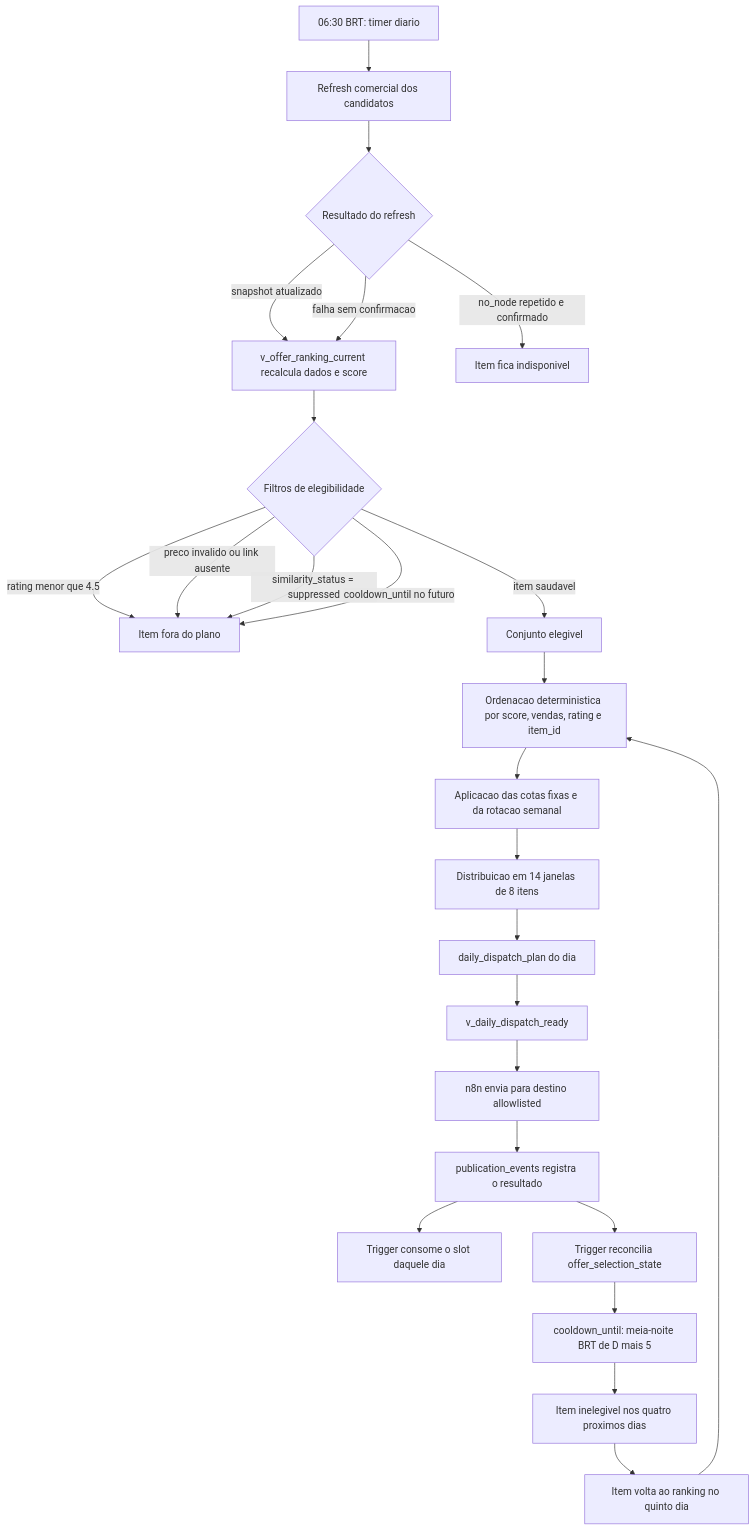
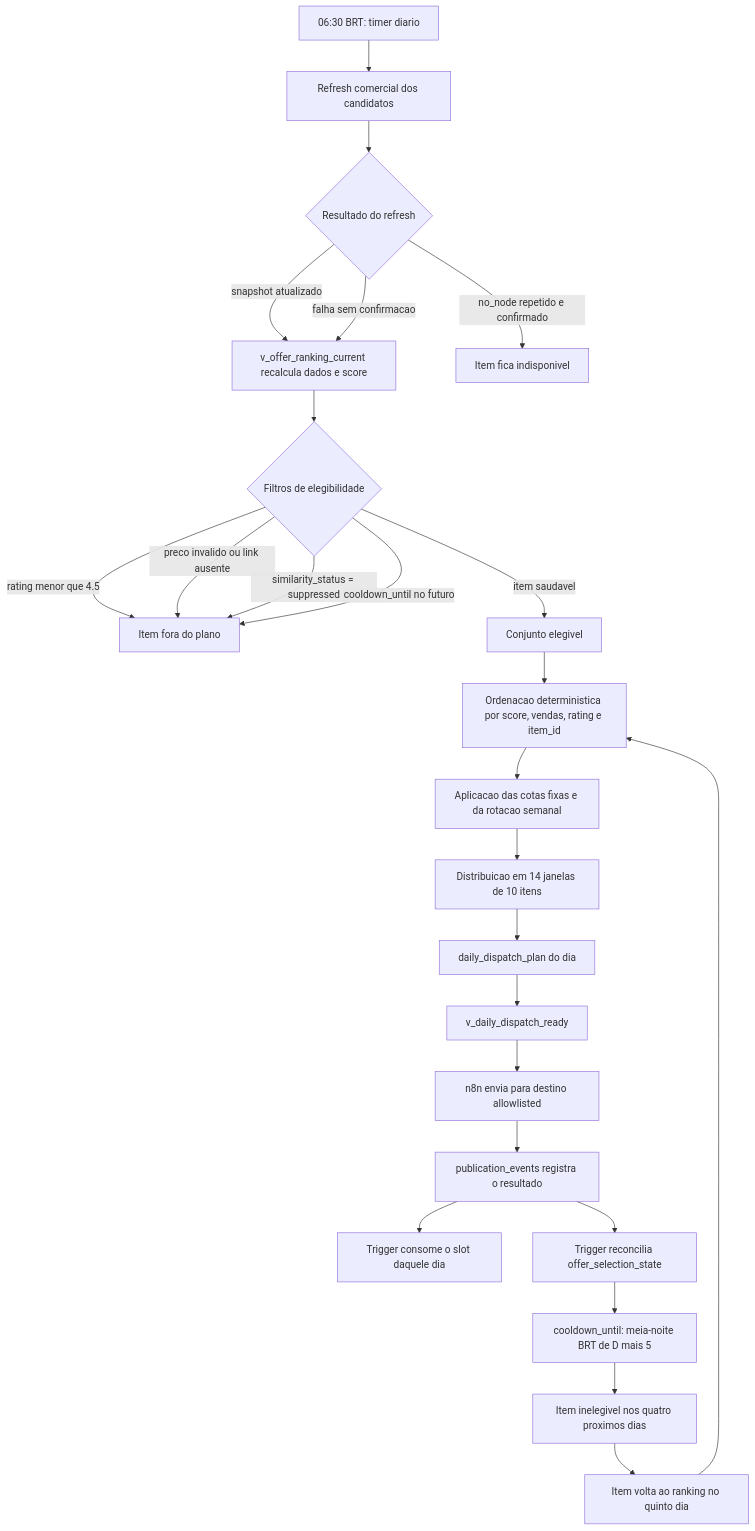
Before and after one commit to artamaral/Automacao_Grupos-de-Ofertas: the diagram in docs/decisao-mvp-supabase-n8n.md, drawn with Mermaid. The commit also changed other lines of this file and 13 other files, not shown here.

````diff
--- a/docs/decisao-mvp-supabase-n8n.md
+++ b/docs/decisao-mvp-supabase-n8n.md
@@ -50,29 +50,29 @@
 ```mermaid
 flowchart TD
     A[06:30 BRT: timer diario] --> B[Refresh comercial dos candidatos]
     B --> C{Resultado do refresh}
     C -->|snapshot atualizado| D[v_offer_ranking_current recalcula dados e score]
     C -->|no_node repetido e confirmado| E[Item fica indisponivel]
     C -->|falha sem confirmacao| D
 
     D --> F{Filtros de elegibilidade}
     F -->|rating menor que 4.5| X[Item fora do plano]
     F -->|preco invalido ou link ausente| X
     F -->|similarity_status = suppressed| X
     F -->|cooldown_until no futuro| X
     F -->|item saudavel| G[Conjunto elegivel]
 
     G --> H[Ordenacao deterministica por score, vendas, rating e item_id]
     H --> I[Aplicacao das cotas fixas e da rotacao semanal]
-    I --> J[Distribuicao em 14 janelas de 8 itens]
+    I --> J[Distribuicao em 14 janelas de 10 itens]
     J --> K[daily_dispatch_plan do dia]
     K --> L[v_daily_dispatch_ready]
     L --> M[n8n envia para destino allowlisted]
     M --> N[publication_events registra o resultado]
     N --> O[Trigger consome o slot daquele dia]
     N --> P[Trigger reconcilia offer_selection_state]
     P --> Q[cooldown_until: meia-noite BRT de D mais 5]
     Q --> R[Item inelegivel nos quatro proximos dias]
     R --> S[Item volta ao ranking no quinto dia]
     S --> H
 ```
````
